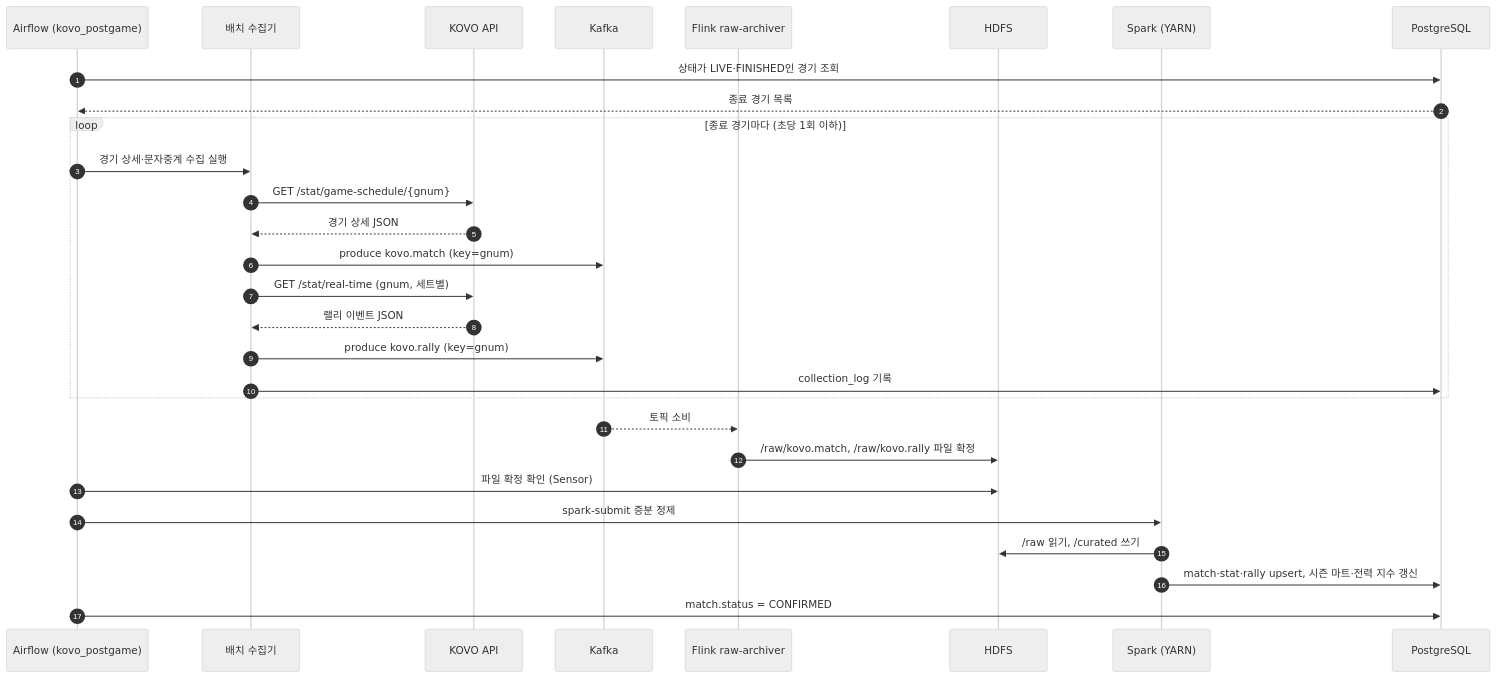
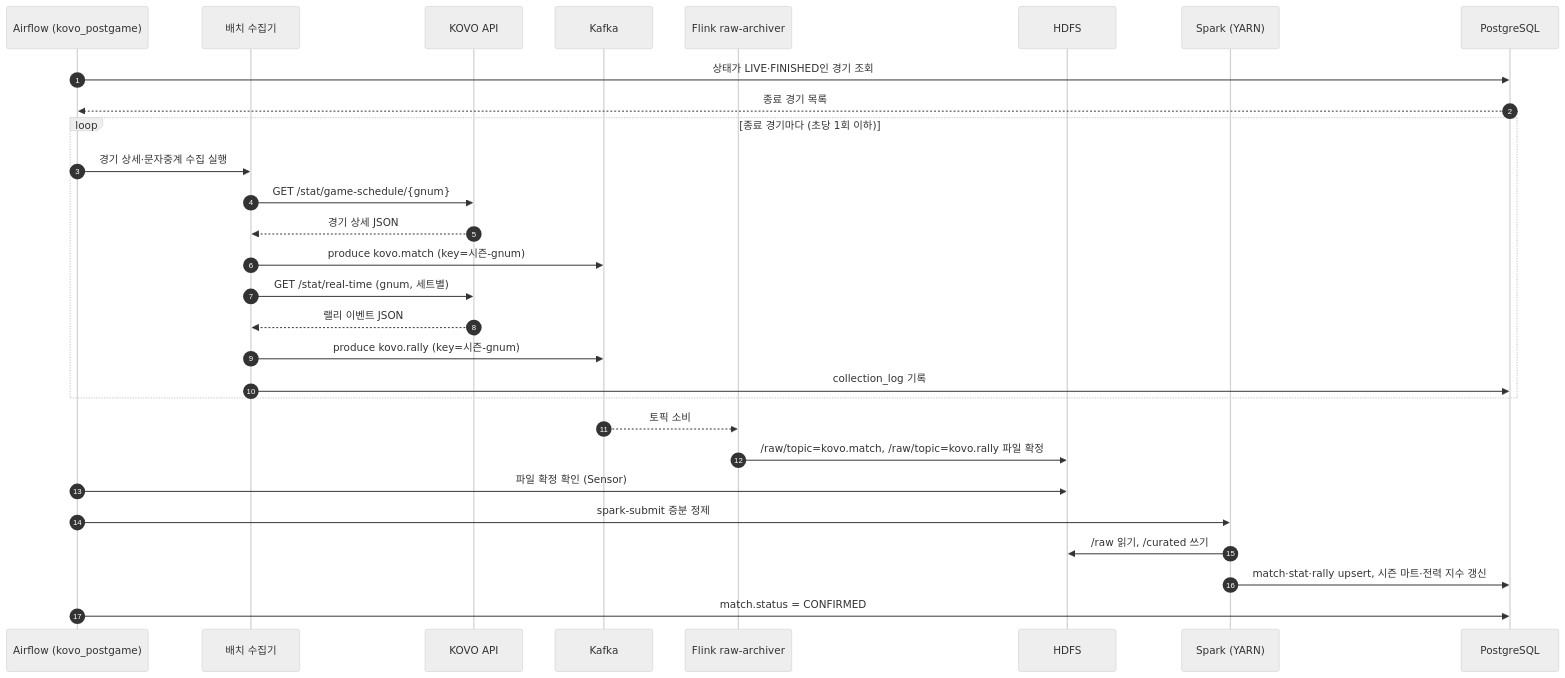
One commit to ksh1004/volley-insight changed diagram 12 of 17 in docs/design.md. Above: the diagram before and after it, drawn with Mermaid (neutral theme). The commit also changed other lines of this file and 38 other files, not shown here.

````diff
--- a/docs/design.md
+++ b/docs/design.md
@@ -842,32 +863,32 @@
 ```mermaid
 sequenceDiagram
   autonumber
   participant AF as Airflow (kovo_postgame)
   participant BC as 배치 수집기
   participant KV as KOVO API
   participant K as Kafka
   participant FA as Flink raw-archiver
   participant H as HDFS
   participant SP as Spark (YARN)
   participant PG as PostgreSQL
 
   AF->>PG: 상태가 LIVE·FINISHED인 경기 조회
   PG-->>AF: 종료 경기 목록
   loop 종료 경기마다 (초당 1회 이하)
     AF->>BC: 경기 상세·문자중계 수집 실행
     BC->>KV: GET /stat/game-schedule/{gnum}
     KV-->>BC: 경기 상세 JSON
-    BC->>K: produce kovo.match (key=gnum)
+    BC->>K: produce kovo.match (key=시즌-gnum)
     BC->>KV: GET /stat/real-time (gnum, 세트별)
     KV-->>BC: 랠리 이벤트 JSON
-    BC->>K: produce kovo.rally (key=gnum)
+    BC->>K: produce kovo.rally (key=시즌-gnum)
     BC->>PG: collection_log 기록
   end
   K-->>FA: 토픽 소비
-  FA->>H: /raw/kovo.match, /raw/kovo.rally 파일 확정
+  FA->>H: /raw/topic=kovo.match, /raw/topic=kovo.rally 파일 확정
   AF->>H: 파일 확정 확인 (Sensor)
   AF->>SP: spark-submit 증분 정제
   SP->>H: /raw 읽기, /curated 쓰기
   SP->>PG: match·stat·rally upsert, 시즌 마트·전력 지수 갱신
   AF->>PG: match.status = CONFIRMED
 ```
````
